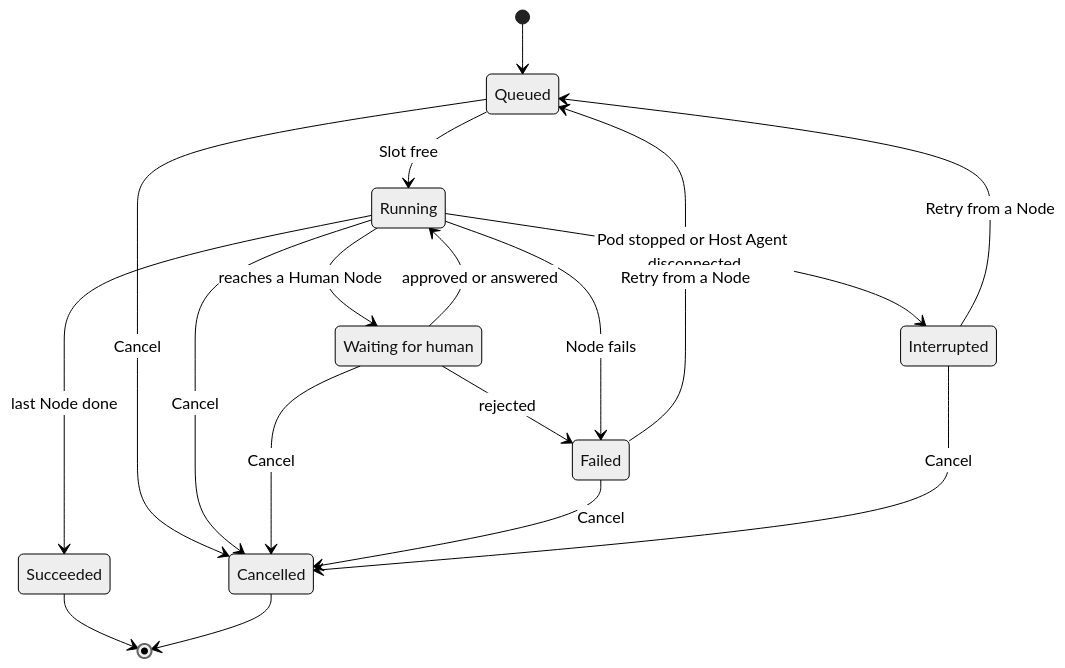
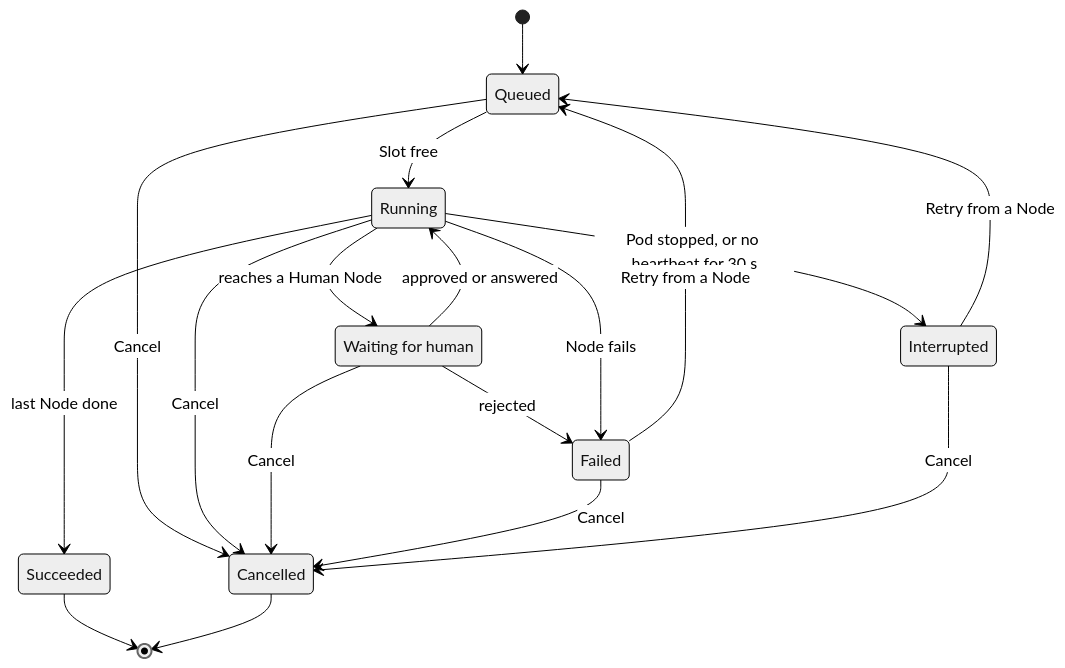
One commit to toinguyen-agilityio/clauderon changed the third of 3 diagrams in docs/requirements/v1-requirements.md. Above: the diagram before and after it, drawn with Mermaid (neutral theme). The commit also changed other lines of this file and 4 other files, not shown here.

````diff
--- a/docs/requirements/v1-requirements.md
+++ b/docs/requirements/v1-requirements.md
@@ -209,21 +241,21 @@
 ```mermaid
 stateDiagram-v2
   [*] --> Queued
   Queued --> Running: Slot free
   Running --> WaitingForHuman: reaches a Human Node
   WaitingForHuman --> Running: approved or answered
   WaitingForHuman --> Failed: rejected
   Running --> Succeeded: last Node done
   Running --> Failed: Node fails
-  Running --> Interrupted: Pod stopped or Host Agent disconnected
+  Running --> Interrupted: Pod stopped, or no heartbeat for 30 s
   Failed --> Queued: Retry from a Node
   Interrupted --> Queued: Retry from a Node
   Queued --> Cancelled: Cancel
   Running --> Cancelled: Cancel
   WaitingForHuman --> Cancelled: Cancel
   Failed --> Cancelled: Cancel
   Interrupted --> Cancelled: Cancel
   Succeeded --> [*]
   Cancelled --> [*]
   WaitingForHuman: Waiting for human
 ```
````
